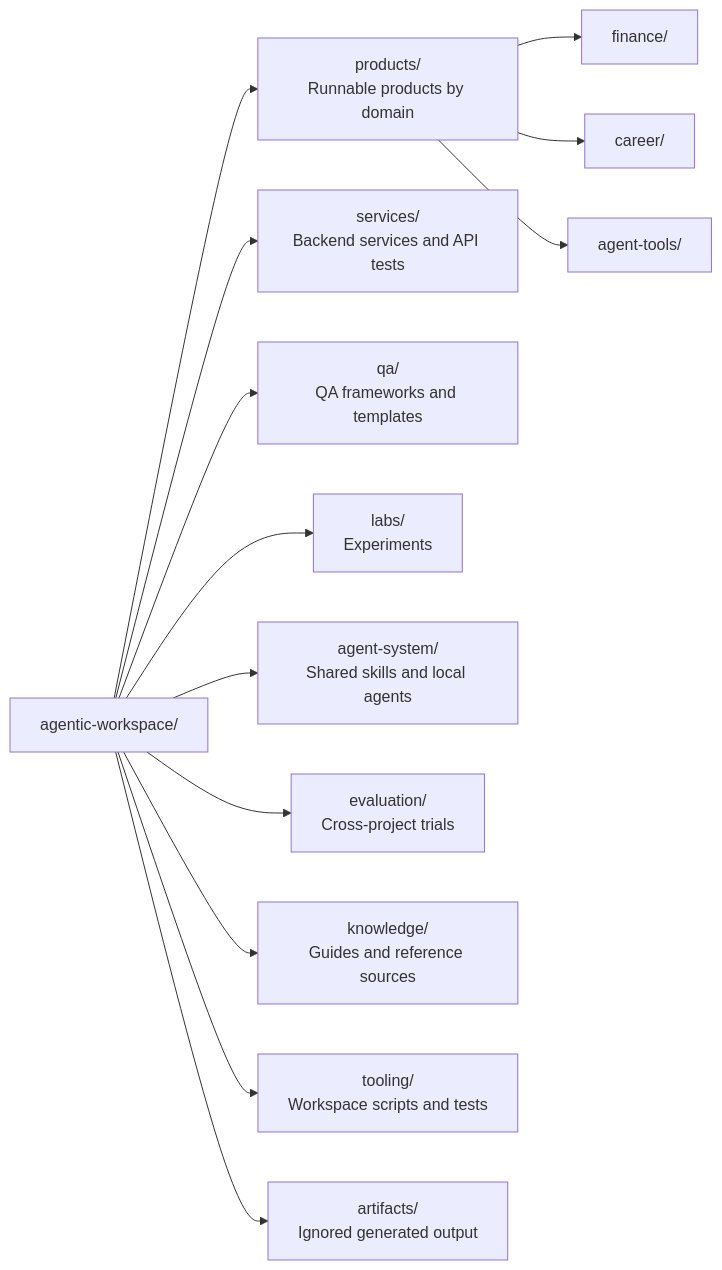
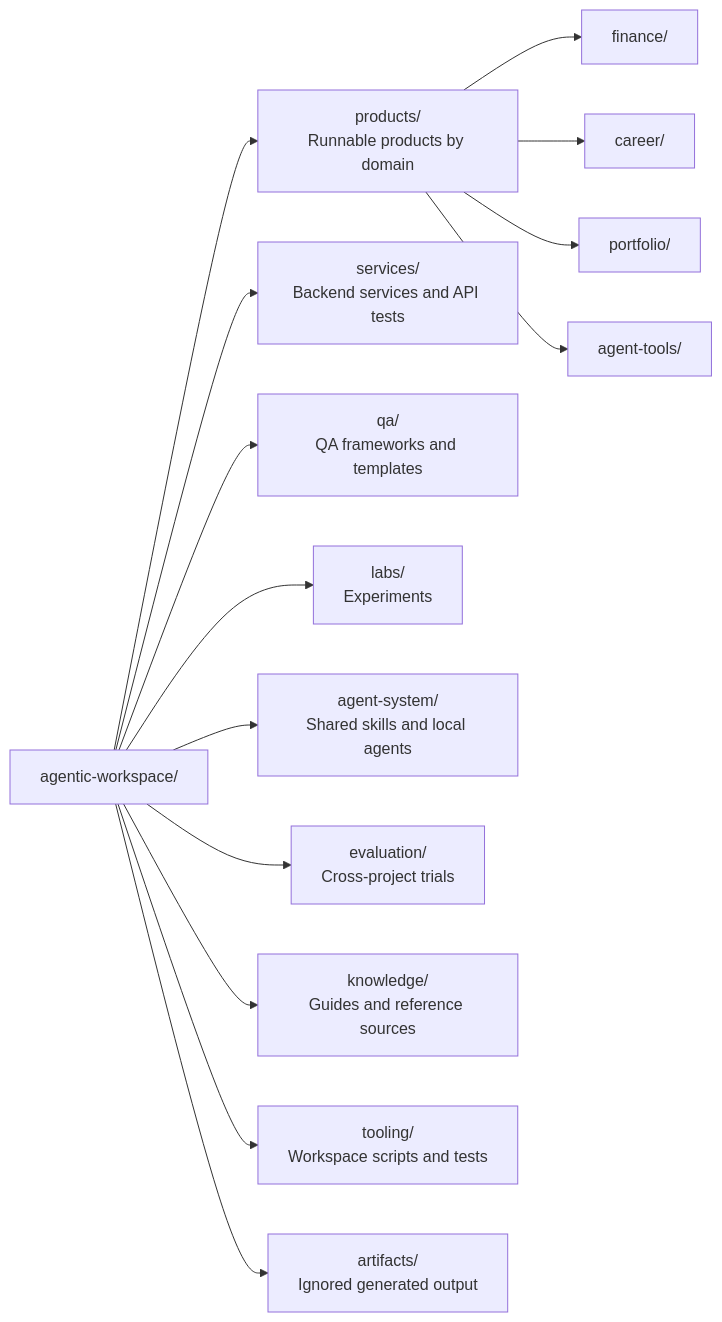
Before and after one commit to balajiregt/agentic-workspace: the first of 2 diagrams in knowledge/docs/workspace-map.md, drawn with Mermaid. The commit also changed other lines of this file and 11 other files, not shown here.

````diff
--- a/knowledge/docs/workspace-map.md
+++ b/knowledge/docs/workspace-map.md
@@ -13,15 +13,16 @@
 ```mermaid
 flowchart LR
   W["agentic-workspace/"] --> PR["products/<br/>Runnable products by domain"]
   PR --> F["finance/"]
   PR --> CA["career/"]
+  PR --> PO["portfolio/"]
   PR --> AT["agent-tools/"]
   W --> S["services/<br/>Backend services and API tests"]
   W --> Q["qa/<br/>QA frameworks and templates"]
   W --> L["labs/<br/>Experiments"]
   W --> A["agent-system/<br/>Shared skills and local agents"]
   W --> E["evaluation/<br/>Cross-project trials"]
   W --> K["knowledge/<br/>Guides and reference sources"]
   W --> T["tooling/<br/>Workspace scripts and tests"]
   W --> O["artifacts/<br/>Ignored generated output"]
 ```
````
